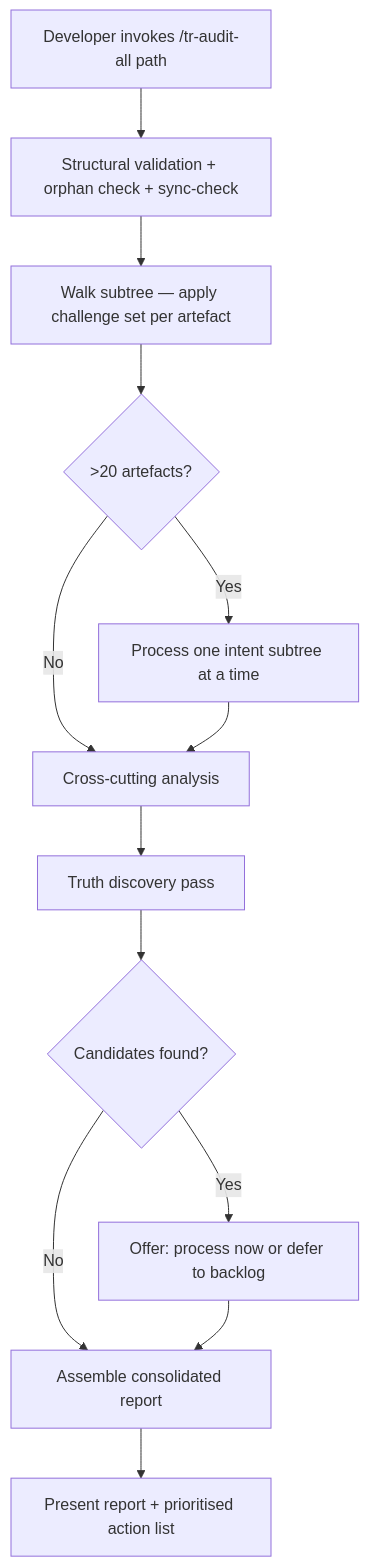
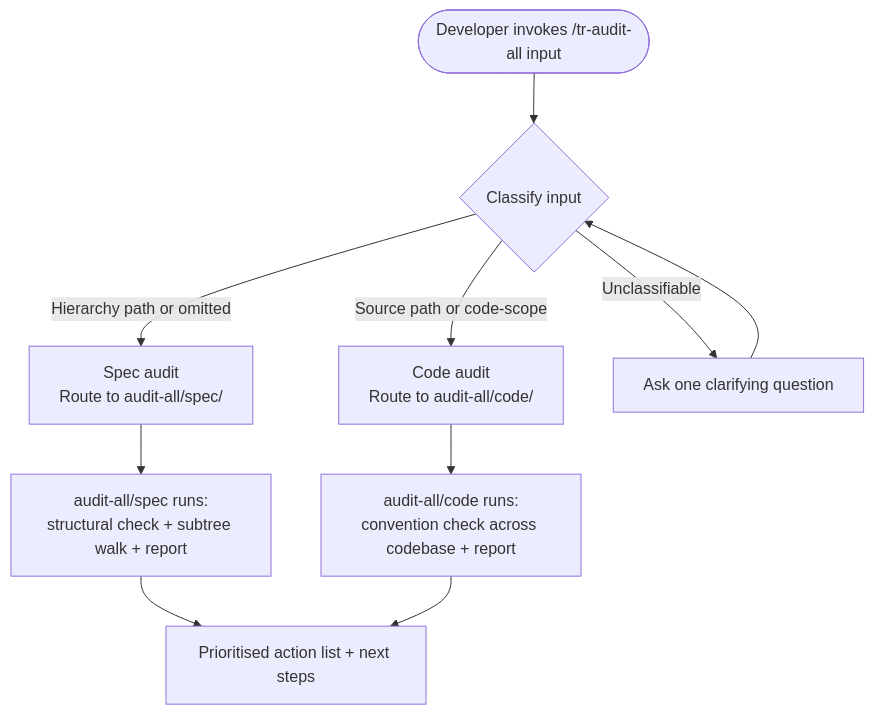
One commit to imix/taproot changed the diagram in taproot/specs/quality-audit/audit-all/usecase.md. Above: the diagram before and after it, drawn with Mermaid. The commit also changed other lines of this file and 10 other files, not shown here.

Commit message:
spec(quality-audit): dispatch refactor — audit + audit-all become dispatch commands with spec and code sub-behaviours

````diff
--- a/taproot/specs/quality-audit/audit-all/usecase.md
+++ b/taproot/specs/quality-audit/audit-all/usecase.md
@@ -51,15 +41,12 @@
 ```mermaid
 flowchart TD
-    A[Developer invokes /tr-audit-all path] --> B[Structural validation + orphan check + sync-check]
-    B --> C[Walk subtree — apply challenge set per artefact]
-    C --> D{>20 artefacts?}
-    D -- Yes --> E[Process one intent subtree at a time]
-    D -- No --> F[Cross-cutting analysis]
-    E --> F
-    F --> G[Truth discovery pass]
-    G --> H{Candidates found?}
-    H -- Yes --> I[Offer: process now or defer to backlog]
-    H -- No --> J[Assemble consolidated report]
-    I --> J
-    J --> K[Present report + prioritised action list]
+    A([Developer invokes /tr-audit-all input]) --> B{Classify input}
+    B -- Hierarchy path or omitted --> C[Spec audit\nRoute to audit-all/spec/]
+    B -- Source path or code-scope --> D[Code audit\nRoute to audit-all/code/]
+    B -- Unclassifiable --> E[Ask one clarifying question]
+    E --> B
+    C --> F[audit-all/spec runs:\nstructural check + subtree walk + report]
+    D --> G[audit-all/code runs:\nconvention check across codebase + report]
+    F --> H[Prioritised action list + next steps]
+    G --> H
 ```
````
